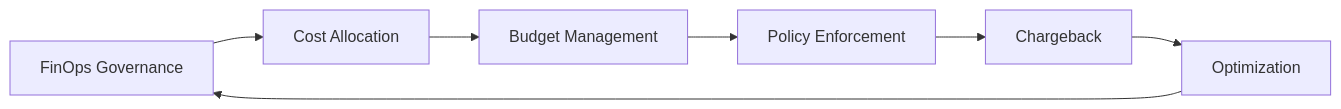
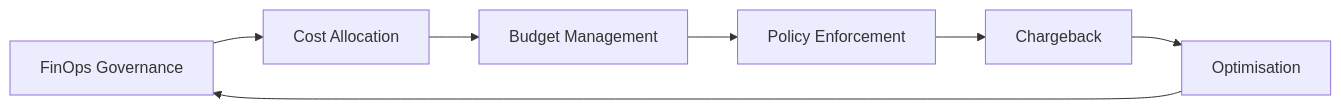
Before and after one commit to Geonitab/architecture_as_code: the diagram in docs/images/diagram_16_finops_cycle.mmd, drawn with Mermaid. The commit also changed 14 other files, not shown here.

Commit message:
Convert diagrams from American to British English

```diff
--- a/docs/images/diagram_16_finops_cycle.mmd
+++ b/docs/images/diagram_16_finops_cycle.mmd
@@ -1,7 +1,7 @@
 graph LR
     A[FinOps Governance]:::kv-primary --> B[Cost Allocation]:::kv-highlight
     B --> C[Budget Management]:::kv-accent
     C --> D[Policy Enforcement]:::kv-accent
     D --> E[Chargeback]:::kv-highlight
-    E --> F[Optimization]:::kv-primary
+    E --> F[Optimisation]:::kv-primary
     F --> A
```
